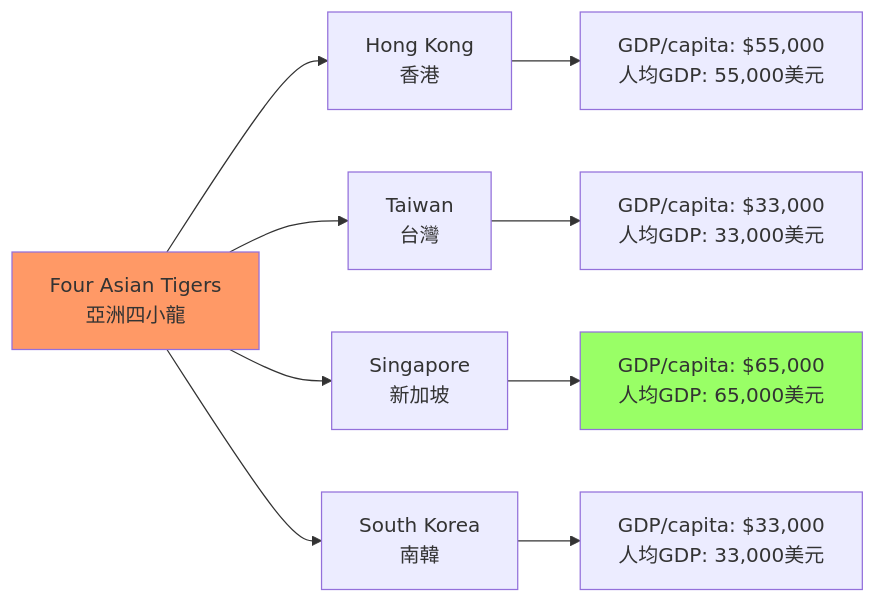
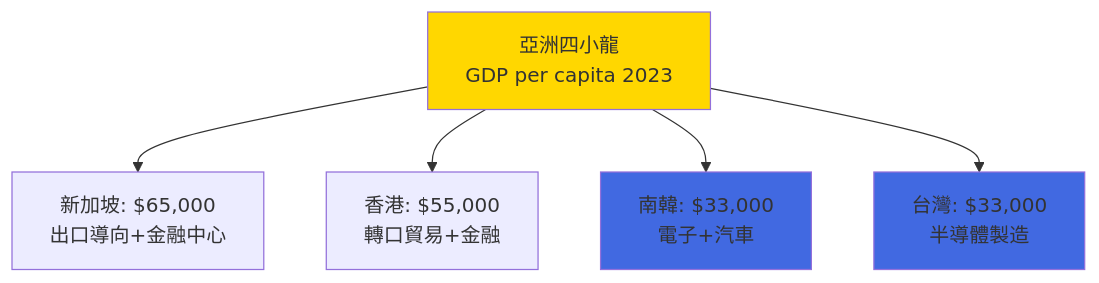
One commit to yip-lgtm/HKU-Harvard-History-Self-Study changed the fourth of 5 diagrams in 01_HKU_Courses/HIST1023_Modern_East_Asia.md. Above: the diagram before and after it, drawn with Mermaid. The commit also changed other lines of this file and 22 other files, not shown here.

````diff
--- a/01_HKU_Courses/HIST1023_Modern_East_Asia.md
+++ b/01_HKU_Courses/HIST1023_Modern_East_Asia.md
@@ -91,15 +306,11 @@
 ```mermaid
-graph LR
-    A[Four Asian Tigers<br/>亞洲四小龍] --> B[Hong Kong<br/>香港]
-    A --> C[Taiwan<br/>台灣]
-    A --> D[Singapore<br/>新加坡]
-    A --> E[South Korea<br/>南韓]
+graph TD
+    A["亞洲四小龍<br/>GDP per capita 2023"] --> B["新加坡: $65,000<br/>出口導向+金融中心"]
+    A --> C["香港: $55,000<br/>轉口貿易+金融"]
+    A --> D["南韓: $33,000<br/>電子+汽車"]
+    A --> E["台灣: $33,000<br/>半導體製造"]
     
-    B --> B1[GDP/capita: $55,000<br/>人均GDP: 55,000美元]
-    C --> C1[GDP/capita: $33,000<br/>人均GDP: 33,000美元]
-    D --> D1[GDP/capita: $65,000<br/>人均GDP: 65,000美元]
-    E --> E1[GDP/capita: $33,000<br/>人均GDP: 33,000美元]
-    
-    style A fill:#f96
-    style D1 fill:#9f6
+    style A fill:#FFD700
+    style D fill:#4169E1
+    style E fill:#4169E1
 ```
````
